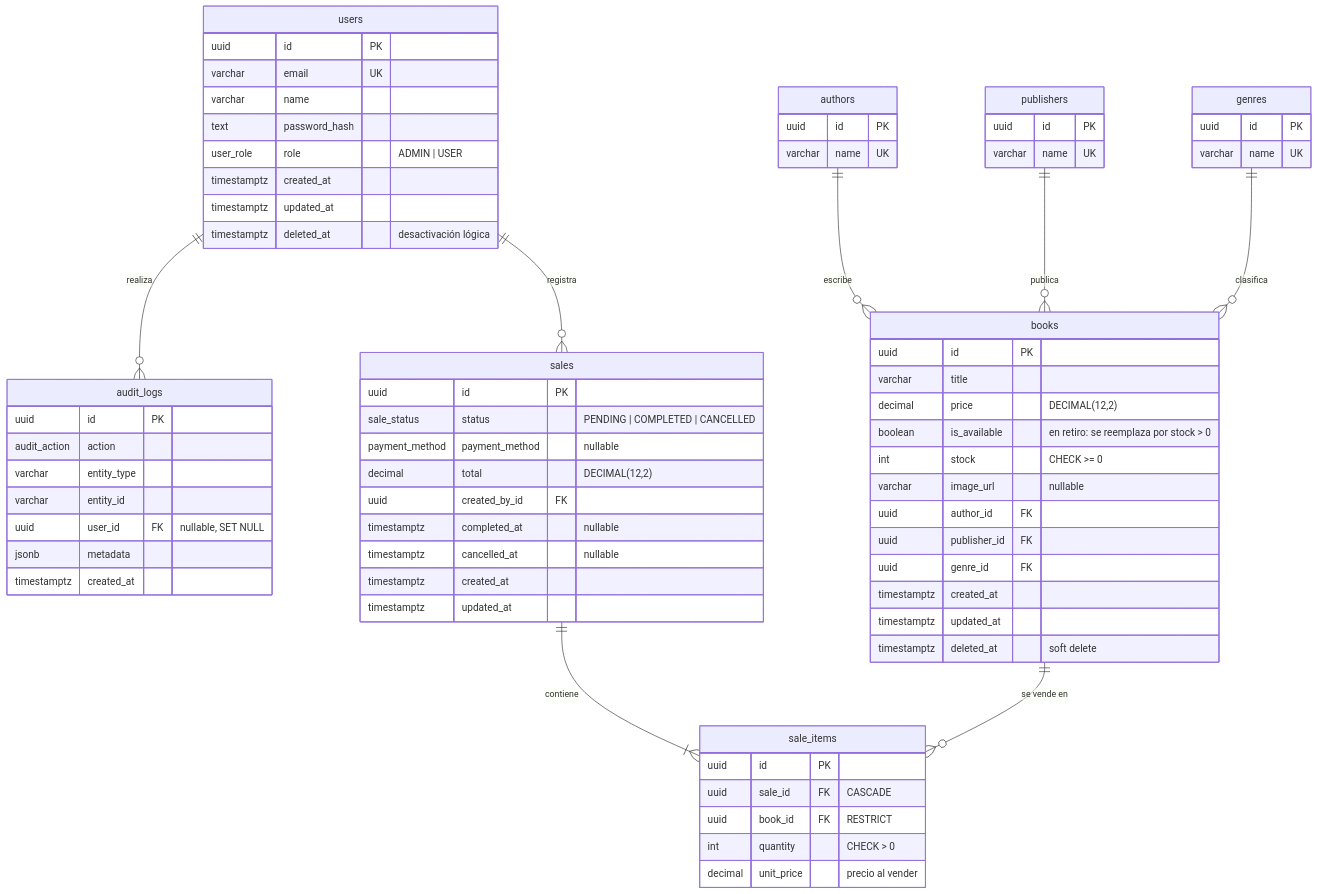
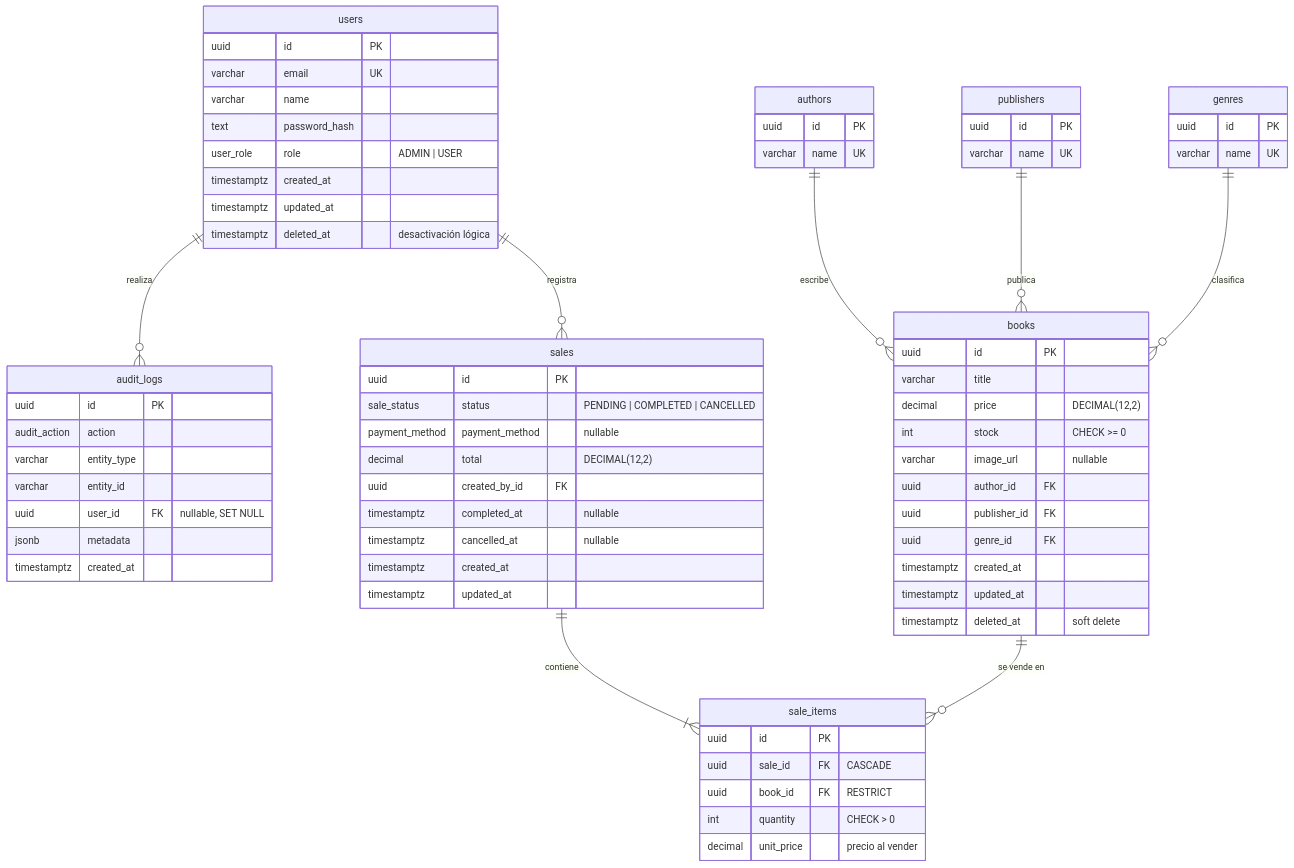
Before and after one commit to gbo-ynz/cmpc-test: the diagram in docs/DATABASE.md, drawn with Mermaid. The commit also changed other lines of this file and 93 other files, not shown here.

````diff
--- a/docs/DATABASE.md
+++ b/docs/DATABASE.md
@@ -8,74 +8,73 @@
 ```mermaid
 erDiagram
   users ||--o{ audit_logs : "realiza"
   users ||--o{ sales : "registra"
   authors ||--o{ books : "escribe"
   publishers ||--o{ books : "publica"
   genres ||--o{ books : "clasifica"
   sales ||--|{ sale_items : "contiene"
   books ||--o{ sale_items : "se vende en"
 
   users {
     uuid id PK
     varchar email UK
     varchar name
     text password_hash
     user_role role "ADMIN | USER"
     timestamptz created_at
     timestamptz updated_at
     timestamptz deleted_at "desactivación lógica"
   }
   sales {
     uuid id PK
     sale_status status "PENDING | COMPLETED | CANCELLED"
     payment_method payment_method "nullable"
     decimal total "DECIMAL(12,2)"
     uuid created_by_id FK
     timestamptz completed_at "nullable"
     timestamptz cancelled_at "nullable"
     timestamptz created_at
     timestamptz updated_at
   }
   sale_items {
     uuid id PK
     uuid sale_id FK "CASCADE"
     uuid book_id FK "RESTRICT"
     int quantity "CHECK > 0"
     decimal unit_price "precio al vender"
   }
   authors {
     uuid id PK
     varchar name UK
   }
   publishers {
     uuid id PK
     varchar name UK
   }
   genres {
     uuid id PK
     varchar name UK
   }
   books {
     uuid id PK
     varchar title
     decimal price "DECIMAL(12,2)"
-    boolean is_available "en retiro: se reemplaza por stock > 0"
     int stock "CHECK >= 0"
     varchar image_url "nullable"
     uuid author_id FK
     uuid publisher_id FK
     uuid genre_id FK
     timestamptz created_at
     timestamptz updated_at
     timestamptz deleted_at "soft delete"
   }
   audit_logs {
     uuid id PK
     audit_action action
     varchar entity_type
     varchar entity_id
     uuid user_id FK "nullable, SET NULL"
     jsonb metadata
     timestamptz created_at
   }
 ```
````
